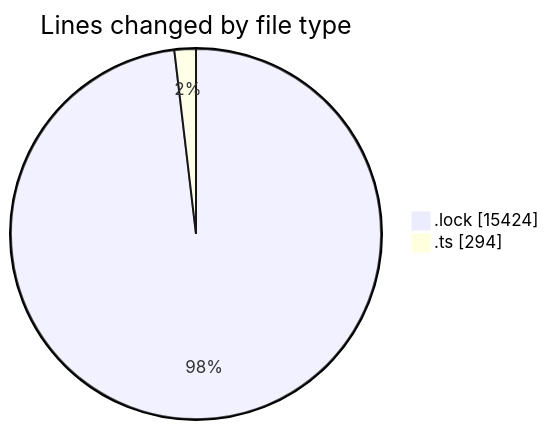
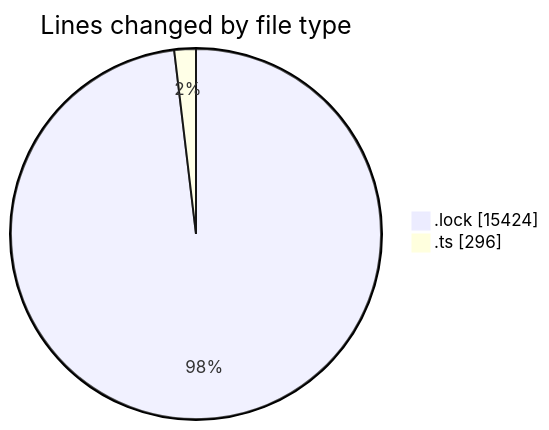
Before and after one commit to momahboobian/code-tracking: the first of 2 diagrams in 2025-05-22/cda/README.md, drawn with Mermaid. The commit also changed other lines of this file and 1 other file, not shown here.

````diff
--- a/2025-05-22/cda/README.md
+++ b/2025-05-22/cda/README.md
@@ -21,6 +21,6 @@
 ```mermaid
 pie showData
 title Lines changed by file type
 ".lock" : 15424
-".ts" : 294
+".ts" : 296
 ```
````
